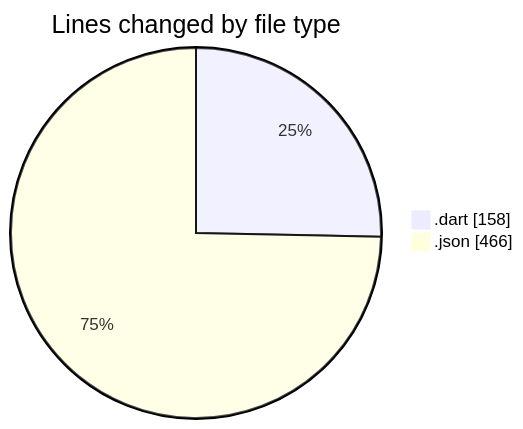
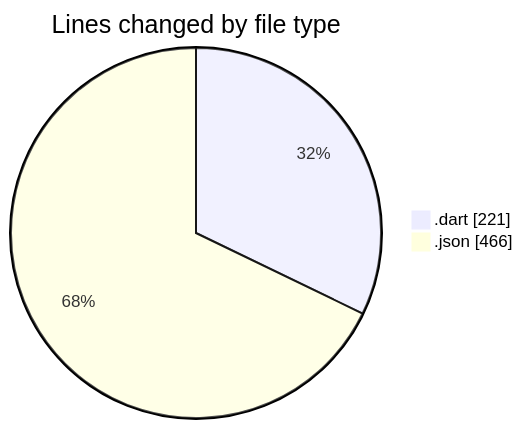
One commit to idhammustaqopulfikri/code-tracking changed the first of 2 diagrams in 2025-04-17/belajar_flutter/README.md. Above: the diagram before and after it, drawn with Mermaid. The commit also changed other lines of this file and 1 other file, not shown here.

````diff
--- a/2025-04-17/belajar_flutter/README.md
+++ b/2025-04-17/belajar_flutter/README.md
@@ -25,6 +25,6 @@
 ```mermaid
 pie showData
 title Lines changed by file type
-".dart" : 158
+".dart" : 221
 ".json" : 466
 ```
````
